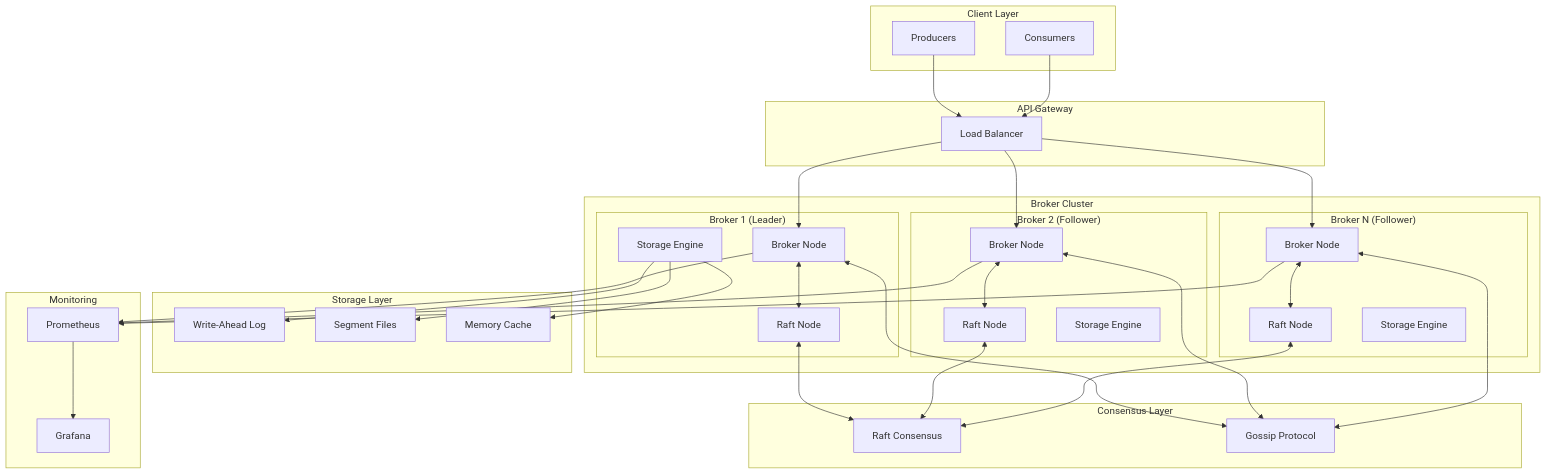
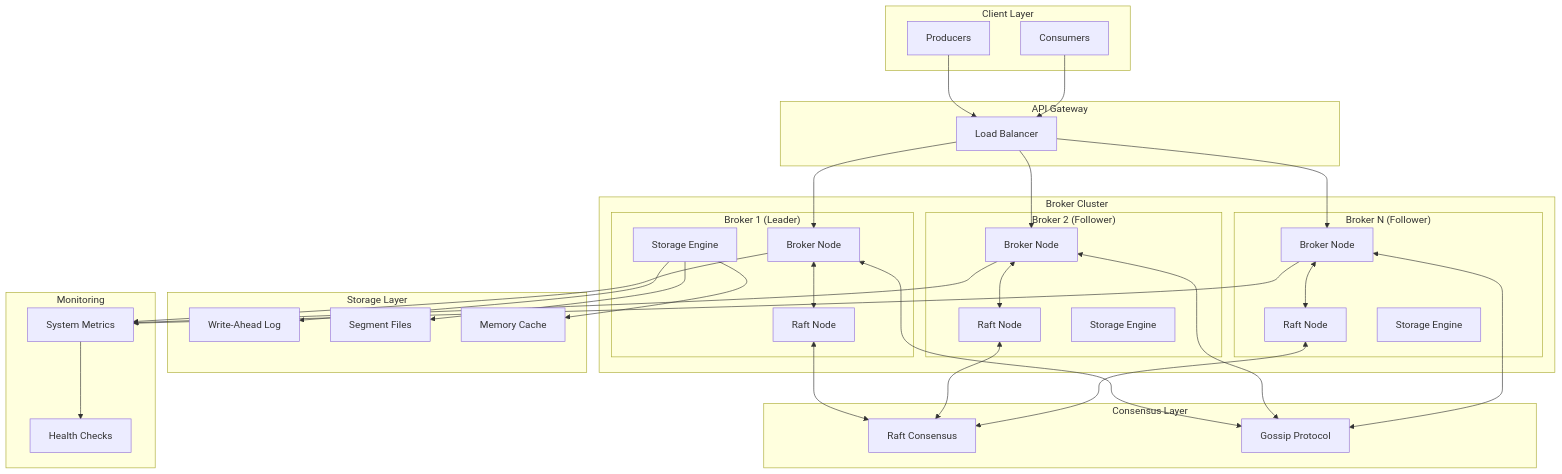
One commit to Prateekbala/Distributed-system changed the diagram in README.md. Above: the diagram before and after it, drawn with Mermaid. The commit also changed other lines of this file and 1 other file, not shown here.

````diff
--- a/README.md
+++ b/README.md
@@ -50,74 +50,74 @@
 ```mermaid
 graph TB
     subgraph "Client Layer"
         P[Producers]
         C[Consumers]
     end
 
     subgraph "API Gateway"
         LB[Load Balancer]
     end
 
     subgraph "Broker Cluster"
         subgraph "Broker 1 (Leader)"
             B1[Broker Node]
             R1[Raft Node]
             S1[Storage Engine]
         end
 
         subgraph "Broker 2 (Follower)"
             B2[Broker Node]
             R2[Raft Node]
             S2[Storage Engine]
         end
 
         subgraph "Broker N (Follower)"
             BN[Broker Node]
             RN[Raft Node]
             SN[Storage Engine]
         end
     end
 
     subgraph "Consensus Layer"
         RAFT[Raft Consensus]
         GOSSIP[Gossip Protocol]
     end
 
     subgraph "Storage Layer"
         WAL[Write-Ahead Log]
         SEG[Segment Files]
         MEM[Memory Cache]
     end
 
     subgraph "Monitoring"
-        PROM[Prometheus]
-        GRAF[Grafana]
+        METRICS[System Metrics]
+        HEALTH[Health Checks]
     end
 
     P --> LB
     C --> LB
     LB --> B1
     LB --> B2
     LB --> BN
 
     B1 <--> R1
     B2 <--> R2
     BN <--> RN
 
     R1 <--> RAFT
     R2 <--> RAFT
     RN <--> RAFT
 
     B1 <--> GOSSIP
     B2 <--> GOSSIP
     BN <--> GOSSIP
 
     S1 --> WAL
     S1 --> SEG
     S1 --> MEM
 
-    B1 --> PROM
-    B2 --> PROM
-    BN --> PROM
-    PROM --> GRAF
+    B1 --> METRICS
+    B2 --> METRICS
+    BN --> METRICS
+    METRICS --> HEALTH
 ```
````
